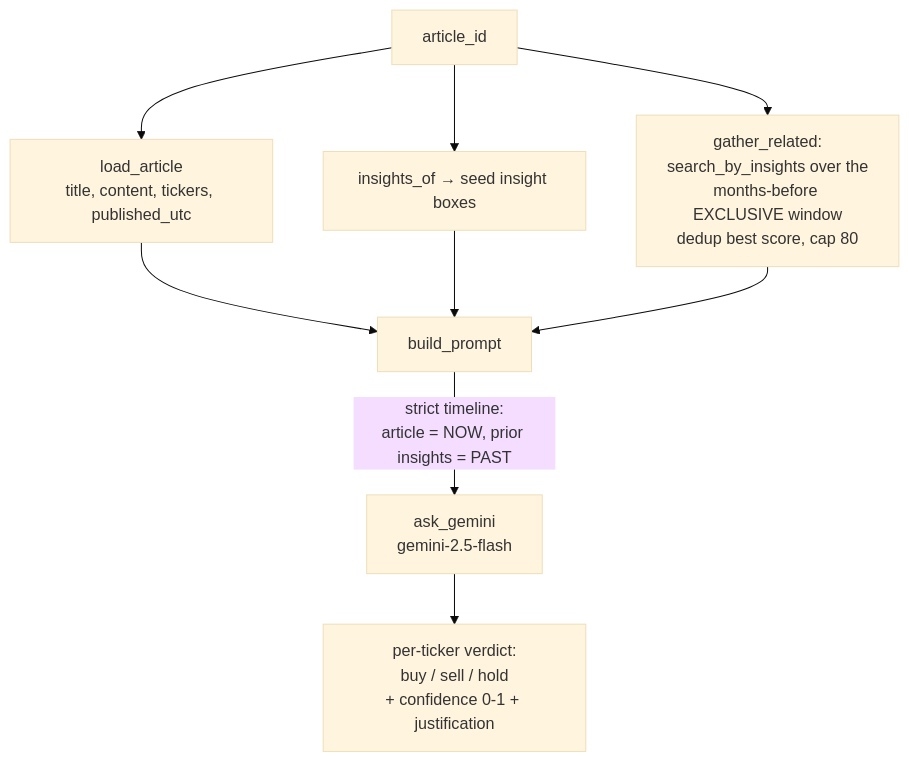
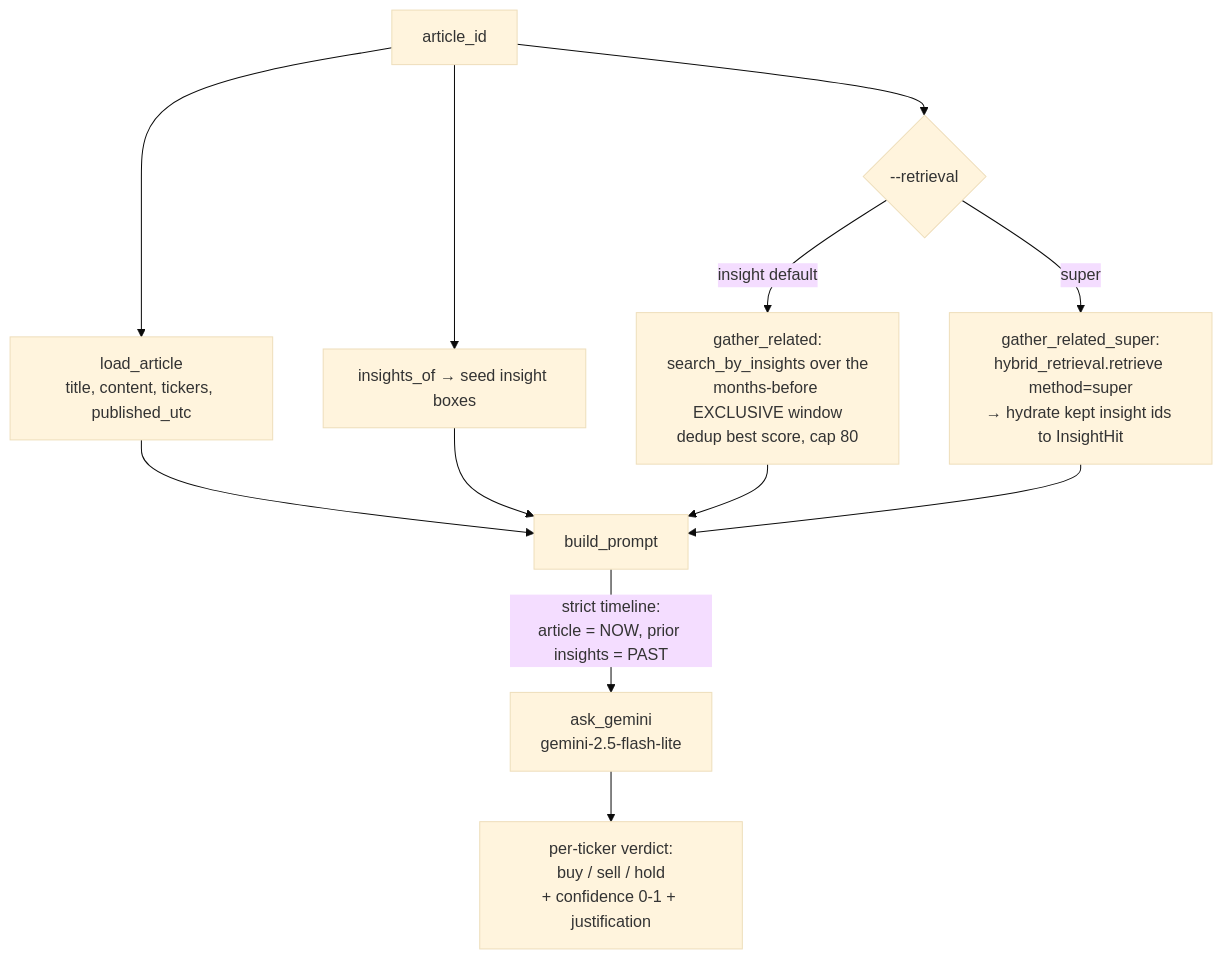
Before and after one commit to ShezZai/Ticker_News_Analyzer: the fifth of 7 diagrams in docs/flows.md, drawn with Mermaid (base theme). The commit also changed other lines of this file and 1 other file, not shown here.

Commit message:
updated flows and sentiment with super-retreival

````diff
--- a/docs/flows.md
+++ b/docs/flows.md
@@ -211,11 +244,14 @@
 ```mermaid
 flowchart TD
     A[article_id] --> L[load_article<br/>title, content, tickers, published_utc]
     A --> SI[insights_of → seed insight boxes]
-    A --> GR[gather_related:<br/>search_by_insights over the<br/>months-before EXCLUSIVE window<br/>dedup best score, cap 80]
+    A --> GR{--retrieval}
+    GR -->|insight default| GRI[gather_related:<br/>search_by_insights over the<br/>months-before EXCLUSIVE window<br/>dedup best score, cap 80]
+    GR -->|super| GRS[gather_related_super:<br/>hybrid_retrieval.retrieve method=super<br/>→ hydrate kept insight ids to InsightHit]
     L --> BP[build_prompt]
     SI --> BP
-    GR --> BP
-    BP -->|strict timeline:<br/>article = NOW, prior insights = PAST| GM[ask_gemini<br/>gemini-2.5-flash]
+    GRI --> BP
+    GRS --> BP
+    BP -->|strict timeline:<br/>article = NOW, prior insights = PAST| GM[ask_gemini<br/>gemini-2.5-flash-lite]
     GM --> V[per-ticker verdict:<br/>buy / sell / hold<br/>+ confidence 0-1 + justification]
 ```
````
